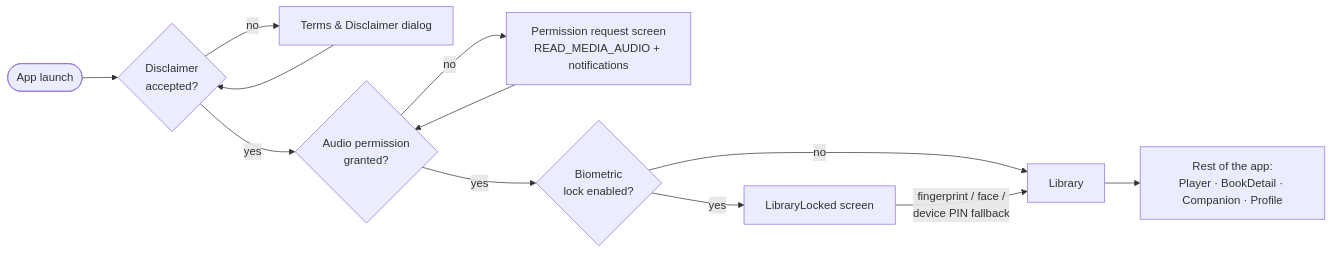
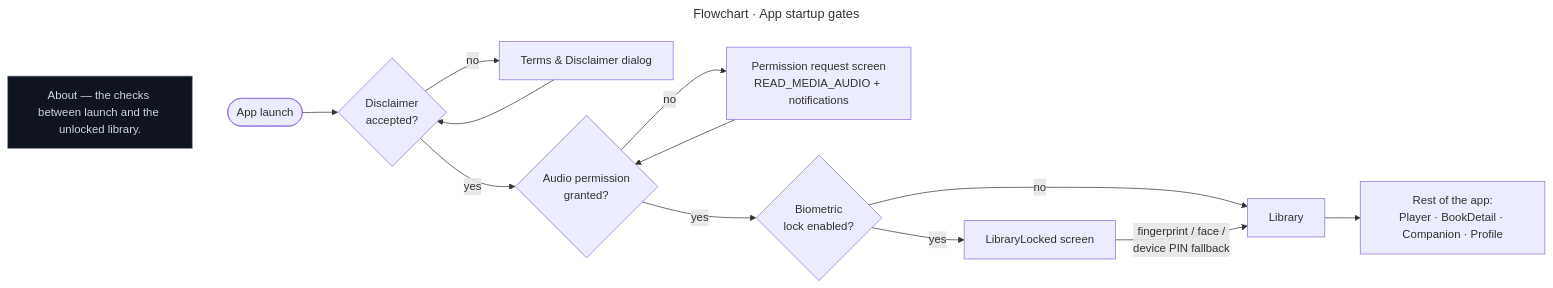
Before and after one commit to DICEsda/Mobile-Application-Development-COURSE: the seventh of 9 diagrams in Final Submission Project/ARCHITECTURE.md, drawn with Mermaid. The commit also changed other lines of this file and 9 other files, not shown here.

First line of the commit message:
docs: add in-image titles (graph type) and an About card to each diagram

````diff
--- a/Final Submission Project/ARCHITECTURE.md
+++ b/Final Submission Project/ARCHITECTURE.md
@@ -284,14 +316,20 @@
 ```mermaid
+---
+title: "Flowchart · App startup gates"
+---
 flowchart LR
+    classDef about fill:#0f1420,stroke:#8a93a6,color:#cdd3df
+    CARD["About — the checks between launch and the unlocked library."]:::about
+    CARD ~~~ Start
     Start([App launch]) --> D{Disclaimer<br/>accepted?}
     D -- no --> DD[Terms & Disclaimer dialog]
     DD --> D
     D -- yes --> P{Audio permission<br/>granted?}
     P -- no --> PR[Permission request screen<br/>READ_MEDIA_AUDIO + notifications]
     PR --> P
     P -- yes --> B{Biometric<br/>lock enabled?}
     B -- no --> Lib[Library]
     B -- yes --> Lock[LibraryLocked screen]
     Lock -->|fingerprint / face /<br/>device PIN fallback| Lib
     Lib --> Rest[Rest of the app:<br/>Player · BookDetail · Companion · Profile]
 ```
````
